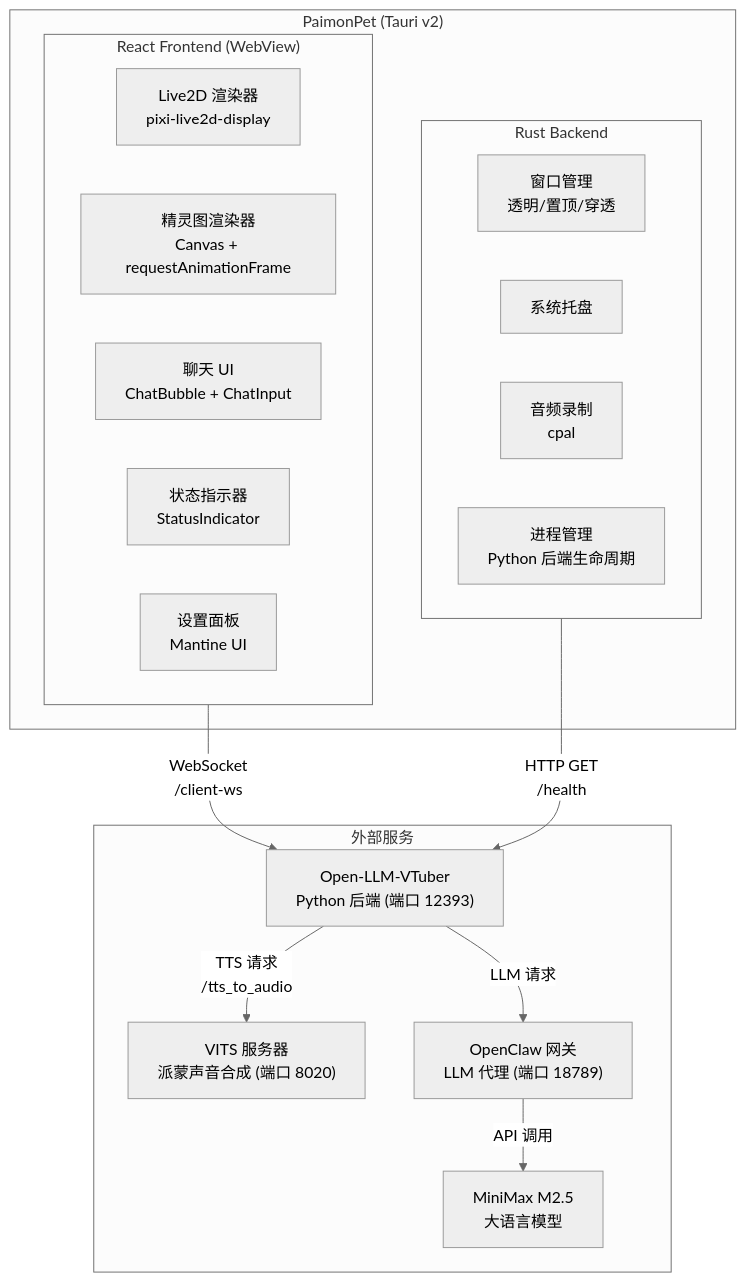
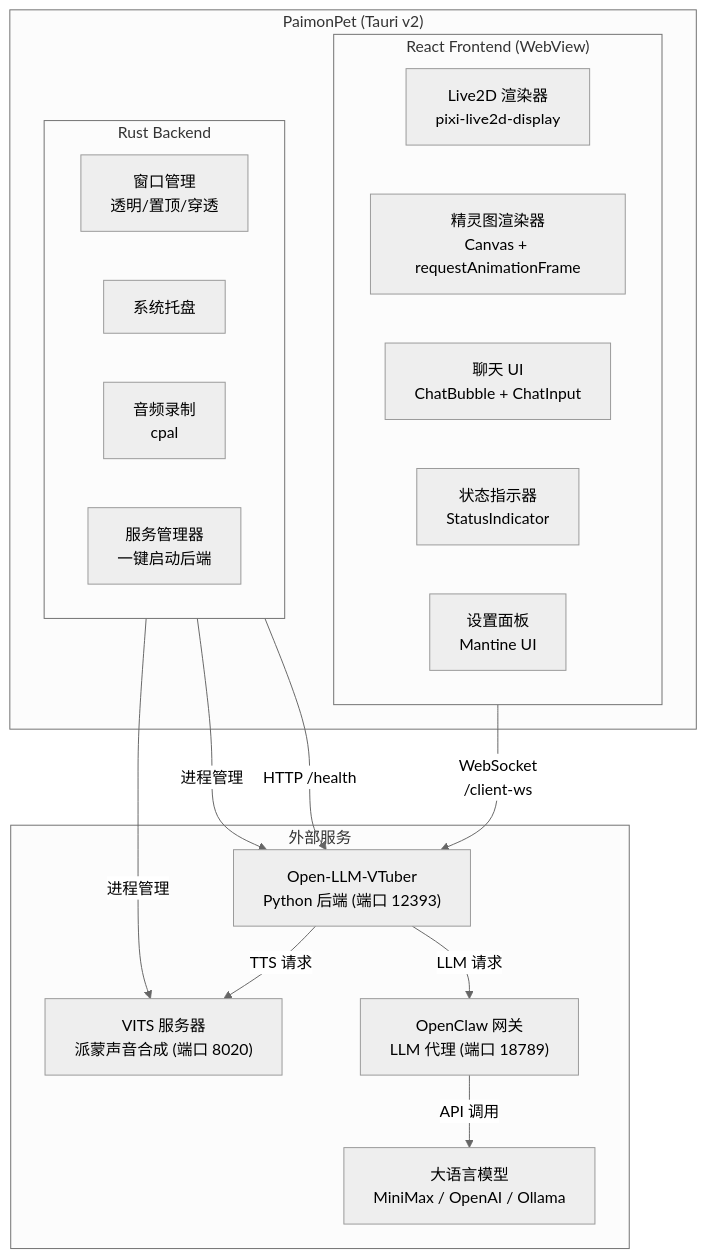
Before and after one commit to gaaiyun/paimon-pet: the first of 2 diagrams in README.md, drawn with Mermaid (neutral theme). The commit also changed other lines of this file and 1 other file, not shown here.

Commit message:
docs: 完善从零开始安装指南，更新架构图和一键启动说明

````diff
--- a/README.md
+++ b/README.md
@@ -22,31 +22,33 @@
 ```mermaid
 graph TB
     subgraph TauriApp["PaimonPet (Tauri v2)"]
         subgraph Frontend["React Frontend (WebView)"]
             L2D["Live2D 渲染器<br/>pixi-live2d-display"]
             SPR["精灵图渲染器<br/>Canvas + requestAnimationFrame"]
             CHAT["聊天 UI<br/>ChatBubble + ChatInput"]
             STS["状态指示器<br/>StatusIndicator"]
             SET["设置面板<br/>Mantine UI"]
         end
         subgraph RustBackend["Rust Backend"]
             WIN["窗口管理<br/>透明/置顶/穿透"]
             TRAY["系统托盘"]
             AUDIO["音频录制<br/>cpal"]
-            PROC["进程管理<br/>Python 后端生命周期"]
+            SVC["服务管理器<br/>一键启动后端"]
         end
     end
 
     subgraph External["外部服务"]
         OLLVM["Open-LLM-VTuber<br/>Python 后端 (端口 12393)"]
         VITS["VITS 服务器<br/>派蒙声音合成 (端口 8020)"]
         OPENCLAW["OpenClaw 网关<br/>LLM 代理 (端口 18789)"]
-        MINIMAX["MiniMax M2.5<br/>大语言模型"]
+        LLM["大语言模型<br/>MiniMax / OpenAI / Ollama"]
     end
 
     Frontend -->|"WebSocket<br/>/client-ws"| OLLVM
-    RustBackend -->|"HTTP GET<br/>/health"| OLLVM
+    RustBackend -->|"HTTP /health"| OLLVM
+    RustBackend -->|"进程管理"| VITS
+    RustBackend -->|"进程管理"| OLLVM
     OLLVM -->|"LLM 请求"| OPENCLAW
-    OPENCLAW -->|"API 调用"| MINIMAX
-    OLLVM -->|"TTS 请求<br/>/tts_to_audio"| VITS
+    OPENCLAW -->|"API 调用"| LLM
+    OLLVM -->|"TTS 请求"| VITS
 ```
````
